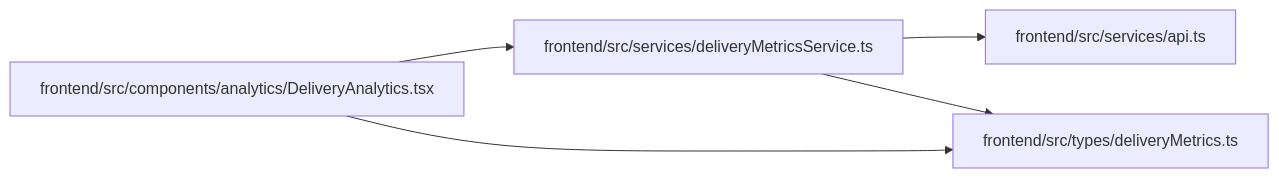
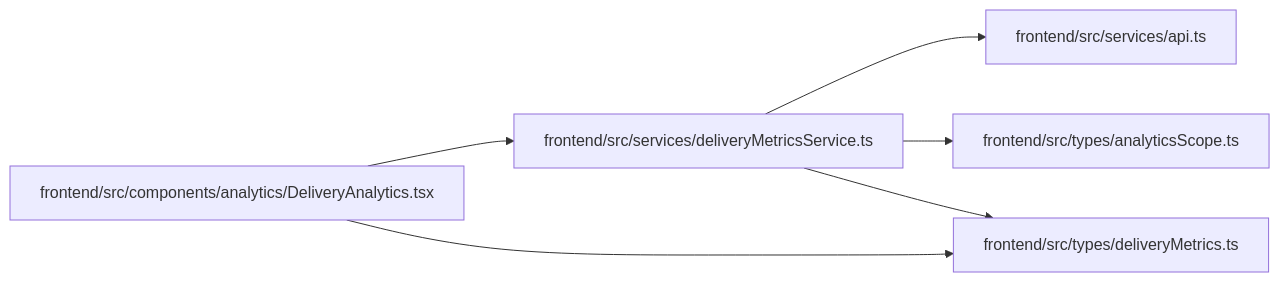
The diagram in docs/llm_wiki/modules/deliveryMetricsService.md (Denissvgn/WorkChord), drawn with Mermaid before and after one commit. The commit also changed other lines of this file and 2373 other files, not shown here.

````diff
--- a/docs/llm_wiki/modules/deliveryMetricsService.md
+++ b/docs/llm_wiki/modules/deliveryMetricsService.md
@@ -28,15 +29,18 @@
 ```mermaid
 flowchart LR
     n0["frontend/src/components/analytics/DeliveryAnalytics.tsx"]
     n1["frontend/src/services/api.ts"]
     n2["frontend/src/services/deliveryMetricsService.ts"]
-    n3["frontend/src/types/deliveryMetrics.ts"]
+    n3["frontend/src/types/analyticsScope.ts"]
+    n4["frontend/src/types/deliveryMetrics.ts"]
     n0 --> n2
-    n0 --> n3
+    n0 --> n4
     n2 --> n1
     n2 --> n3
+    n2 --> n4
     click n0 "../modules/DeliveryAnalytics.md"
     click n1 "../modules/api.md"
     click n2 "../modules/deliveryMetricsService.md"
-    click n3 "../modules/deliveryMetrics.md"
+    click n3 "../modules/analyticsScope.md"
+    click n4 "../modules/deliveryMetrics.md"
 ```
````
